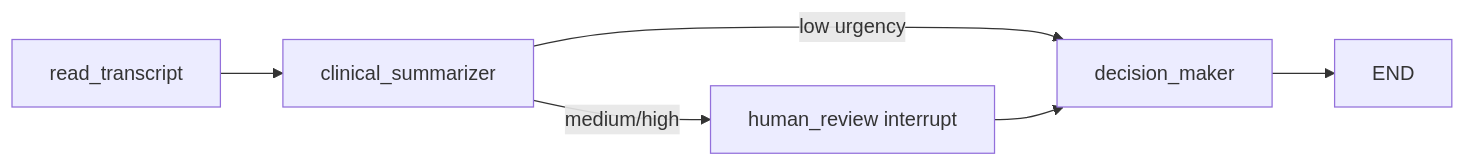
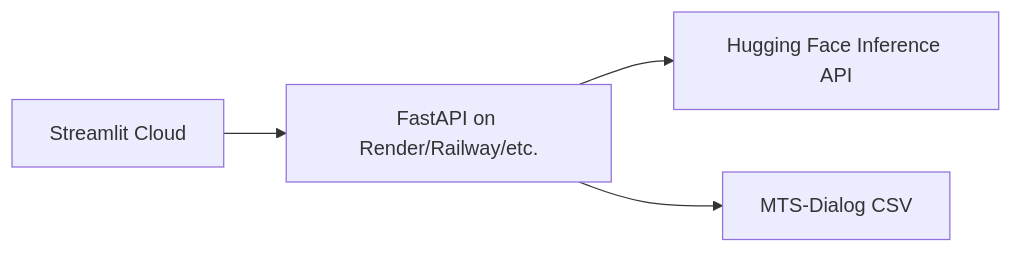
The diagram in README.md (gponsot/AI_triage), drawn with Mermaid before and after one commit. The commit also changed other lines of this file and 7 other files, not shown here.

Commit message:
Add cloud deployment config and Streamlit secrets support

````diff
--- a/README.md
+++ b/README.md
@@ -8,8 +9,6 @@
 ```mermaid
 flowchart LR
-    A[read_transcript] --> B[clinical_summarizer]
-    B -->|low urgency| D[decision_maker]
-    B -->|medium/high| C[human_review interrupt]
-    C --> D
-    D --> E[END]
+    UI[Streamlit Cloud] --> API[FastAPI on Render/Railway/etc.]
+    API --> HF[Hugging Face Inference API]
+    API --> CSV[MTS-Dialog CSV]
 ```
````
